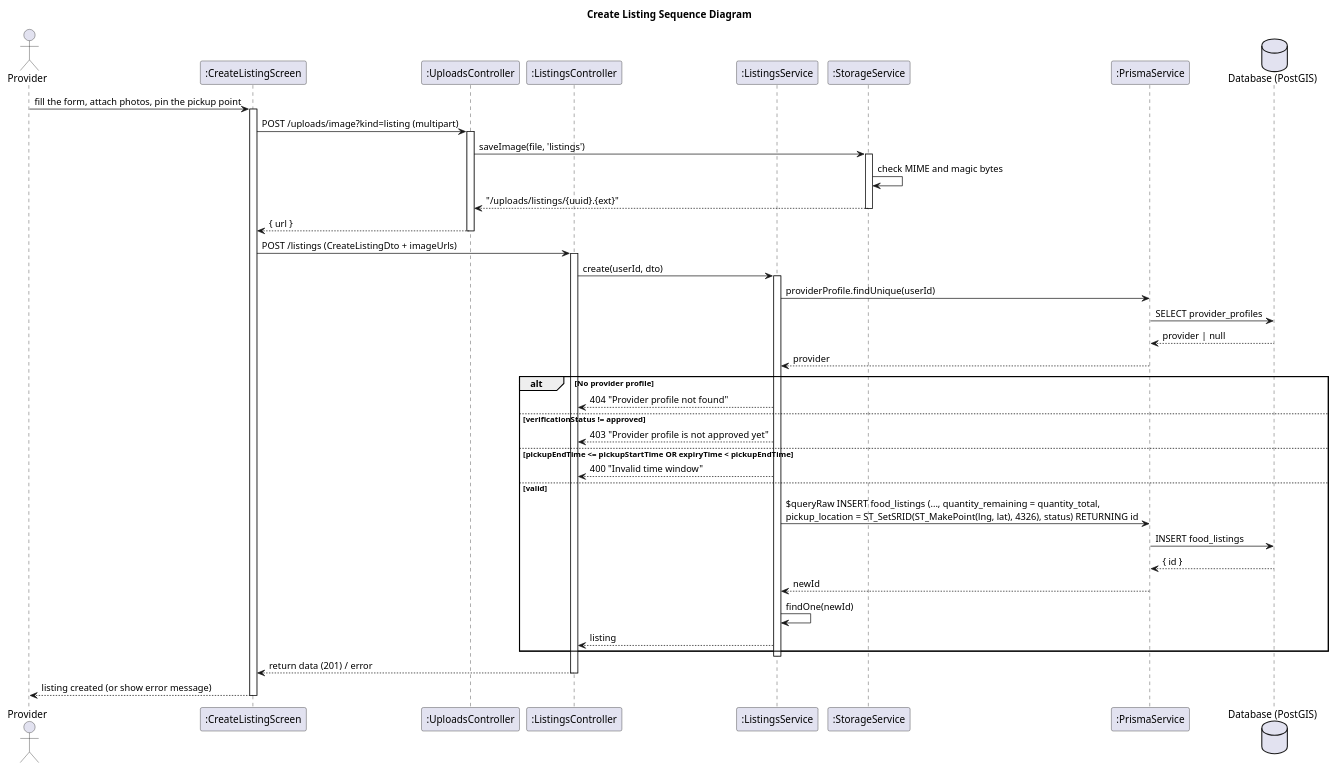
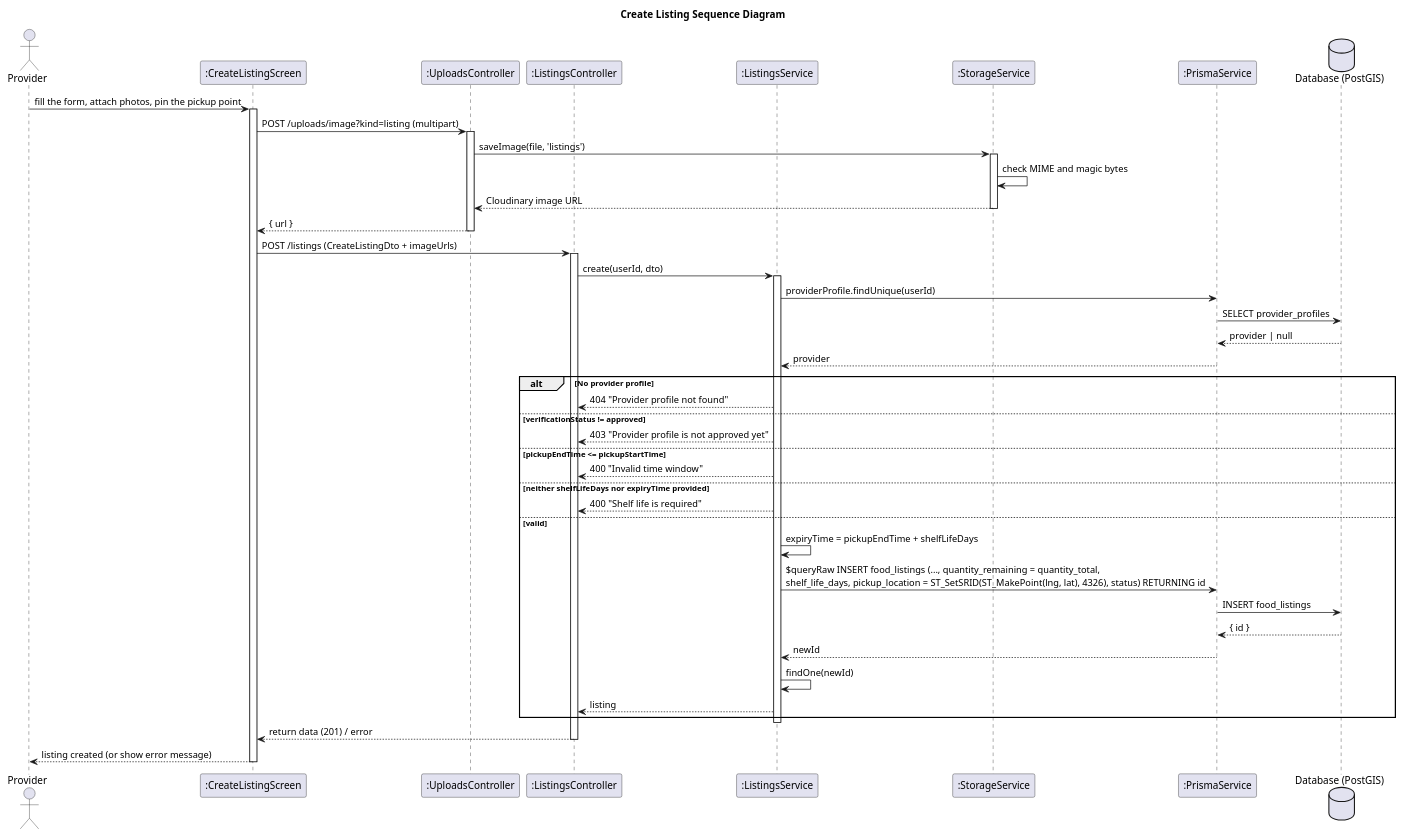
One commit to trimikey/Capstone_FoodResQ_Web changed the second of 8 diagrams in docs/diagrams/seq-listing.puml. Above: the diagram before and after it, drawn with PlantUML. The commit also changed other lines of this file and 23 other files, not shown here.

First line of the commit message:
docs(diagrams): cap nhat sequence + class diagram theo code hien tai, bo chu thich

```diff
--- a/docs/diagrams/seq-listing.puml
+++ b/docs/diagrams/seq-listing.puml
@@ -67,52 +58,55 @@
 @startuml seq-listing-create
 title Create Listing Sequence Diagram
 
 actor "Provider" as User
 participant ":CreateListingScreen" as Screen
 participant ":UploadsController" as Upload
 participant ":ListingsController" as Ctrl
 participant ":ListingsService" as Svc
 participant ":StorageService" as Storage
 participant ":PrismaService" as Repo
 database "Database (PostGIS)" as DB
 
 User -> Screen : fill the form, attach photos, pin the pickup point
 activate Screen
 Screen -> Upload : POST /uploads/image?kind=listing (multipart)
 activate Upload
 Upload -> Storage : saveImage(file, 'listings')
 activate Storage
 Storage -> Storage : check MIME and magic bytes
-Storage --> Upload : "/uploads/listings/{uuid}.{ext}"
+Storage --> Upload : Cloudinary image URL
 deactivate Storage
 Upload --> Screen : { url }
 deactivate Upload
 
 Screen -> Ctrl : POST /listings (CreateListingDto + imageUrls)
 activate Ctrl
 Ctrl -> Svc : create(userId, dto)
 activate Svc
 Svc -> Repo : providerProfile.findUnique(userId)
 Repo -> DB : SELECT provider_profiles
 DB --> Repo : provider | null
 Repo --> Svc : provider
 alt No provider profile
   Svc --> Ctrl : 404 "Provider profile not found"
 else verificationStatus != approved
   Svc --> Ctrl : 403 "Provider profile is not approved yet"
-else pickupEndTime <= pickupStartTime OR expiryTime < pickupEndTime
+else pickupEndTime <= pickupStartTime
   Svc --> Ctrl : 400 "Invalid time window"
+else neither shelfLifeDays nor expiryTime provided
+  Svc --> Ctrl : 400 "Shelf life is required"
 else valid
-  Svc -> Repo : $queryRaw INSERT food_listings (..., quantity_remaining = quantity_total,\npickup_location = ST_SetSRID(ST_MakePoint(lng, lat), 4326), status) RETURNING id
+  Svc -> Svc : expiryTime = pickupEndTime + shelfLifeDays
+  Svc -> Repo : $queryRaw INSERT food_listings (..., quantity_remaining = quantity_total,\nshelf_life_days, pickup_location = ST_SetSRID(ST_MakePoint(lng, lat), 4326), status) RETURNING id
   Repo -> DB : INSERT food_listings
   DB --> Repo : { id }
   Repo --> Svc : newId
   Svc -> Svc : findOne(newId)
   Svc --> Ctrl : listing
 end
 deactivate Svc
 Ctrl --> Screen : return data (201) / error
 deactivate Ctrl
 Screen --> User : listing created (or show error message)
 deactivate Screen
 @enduml
```
